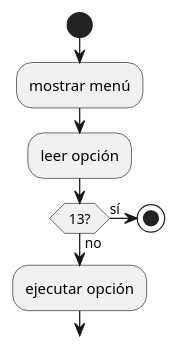
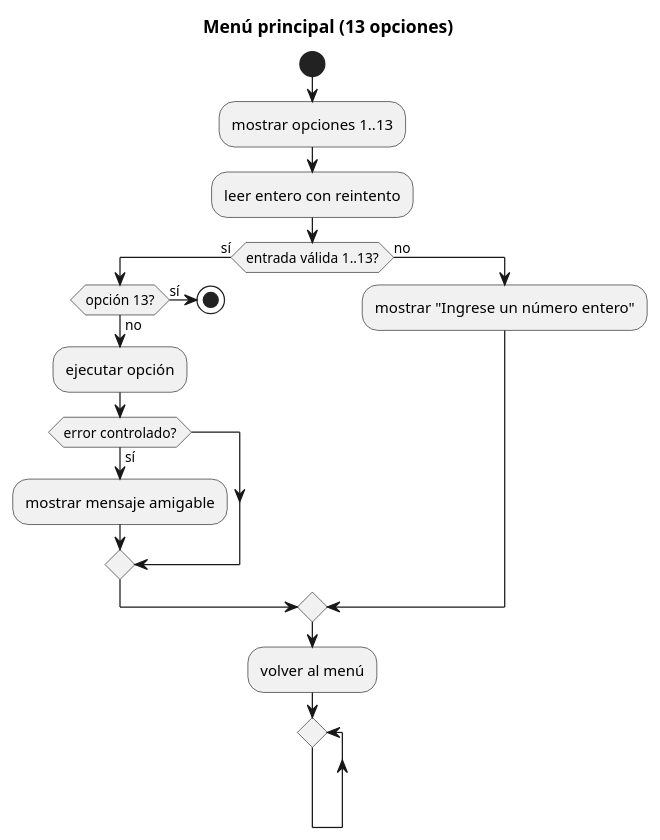
One commit to Rick1751/3_SAT_configurador-de-opciones-compatibles changed the diagram in diagramas/flujo/flujo_menu_principal.puml. Above: the diagram before and after it, drawn with PlantUML. The commit also changed 40 other files, not shown here.

```diff
--- a/diagramas/flujo/flujo_menu_principal.puml
+++ b/diagramas/flujo/flujo_menu_principal.puml
@@ -1,10 +1,20 @@
 @startuml
+title Menú principal (13 opciones)
 start
-:mostrar menú;
-:leer opción;
-if (13?) then (sí)
-stop
+:mostrar opciones 1..13;
+:leer entero con reintento;
+if (entrada válida 1..13?) then (sí)
+  if (opción 13?) then (sí)
+    stop
+  else (no)
+    :ejecutar opción;
+    if (error controlado?) then (sí)
+      :mostrar mensaje amigable;
+    endif
+  endif
 else (no)
-:ejecutar opción;
+  :mostrar "Ingrese un número entero";
 endif
+:volver al menú;
+repeat
 @enduml
```
